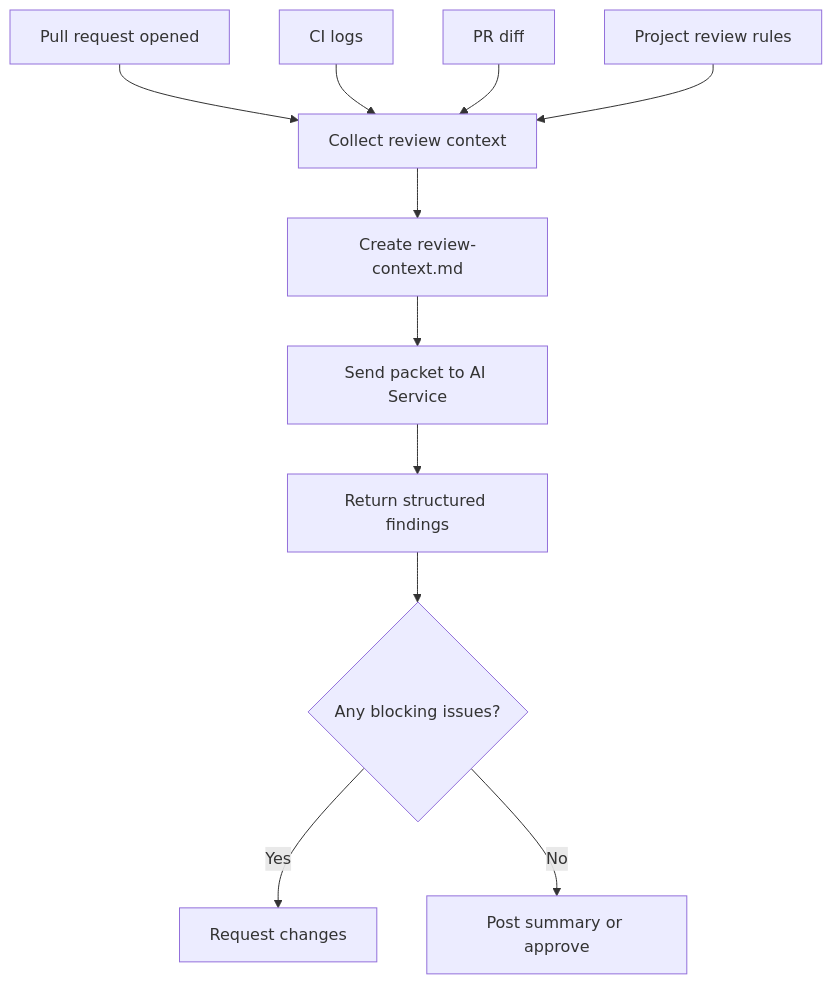
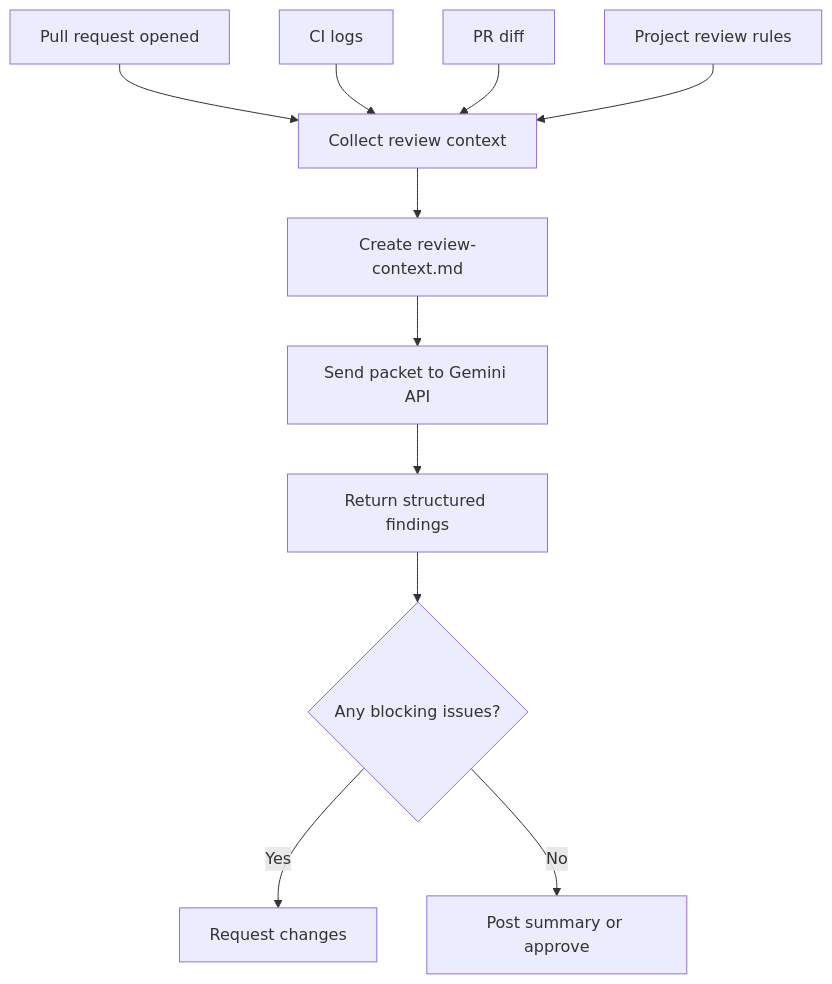
One commit to arii/portfolio changed the first of 2 diagrams in src/content/research/gitops-pr-reviewer.md. Above: the diagram before and after it, drawn with Mermaid. The commit also changed other lines of this file, not shown here.

First line of the commit message:
docs(research): update gitops pr reviewer article to gemini api

````diff
--- a/src/content/research/gitops-pr-reviewer.md
+++ b/src/content/research/gitops-pr-reviewer.md
@@ -38,16 +38,16 @@
 ```mermaid
 flowchart TD
   PR[Pull request opened] --> Collect[Collect review context]
   Collect --> Packet[Create review-context.md]
 
-  Packet --> Models[Send packet to AI Service]
+  Packet --> Models[Send packet to Gemini API]
   Models --> Findings[Return structured findings]
 
   Findings --> Decide{Any blocking issues?}
   Decide -->|Yes| Changes[Request changes]
   Decide -->|No| Summary[Post summary or approve]
 
   CI[CI logs] --> Collect
   Diff[PR diff] --> Collect
   Rules[Project review rules] --> Collect
 ```
````
